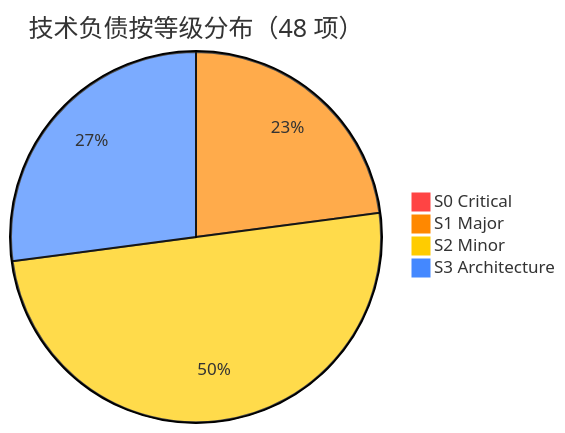
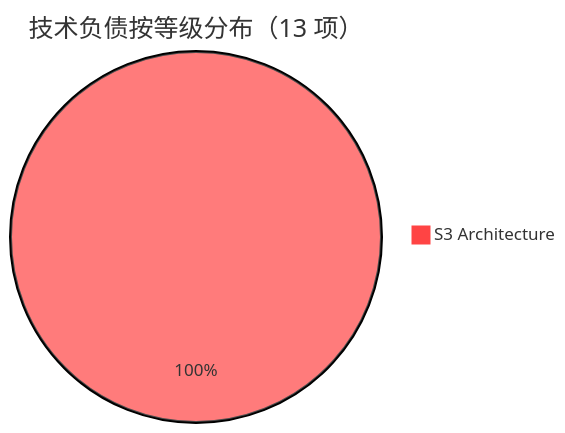
Before and after one commit to j19800/MemALL: the diagram in debt/DASHBOARD.md, drawn with Mermaid. The commit also changed other lines of this file and 2 other files, not shown here.

````diff
--- a/debt/DASHBOARD.md
+++ b/debt/DASHBOARD.md
@@ -11,8 +11,5 @@
 ```mermaid
 %%{init: {'theme': 'base', 'themeVariables': { 'pie1': '#ff4444', 'pie2': '#ff8800', 'pie3': '#ffcc00', 'pie4': '#4488ff'}}}%%
-pie title 技术负债按等级分布（48 项）
-    "S0 Critical" : 0
-    "S1 Major" : 11
-    "S2 Minor" : 24
+pie title 技术负债按等级分布（13 项）
     "S3 Architecture" : 13
 ```
````
